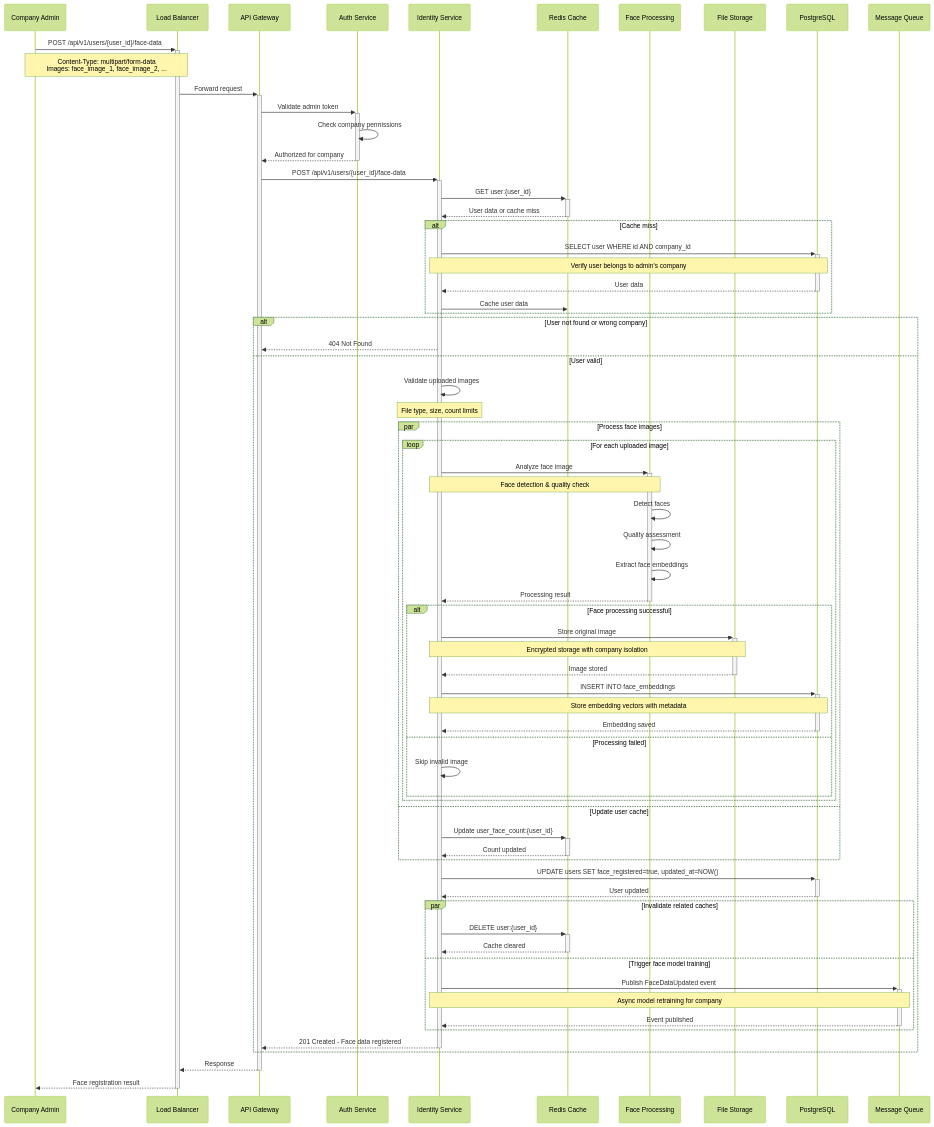
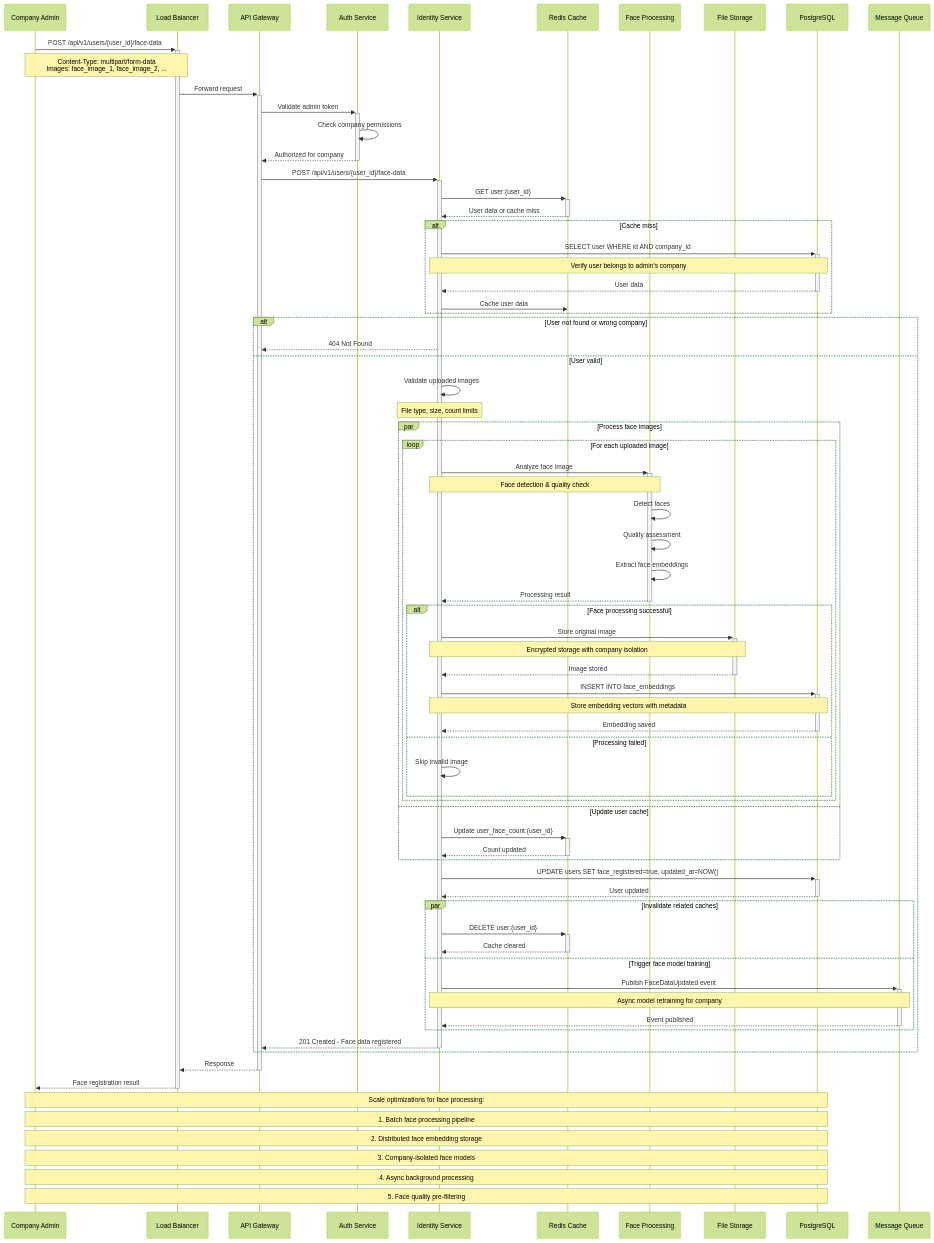
Before and after one commit to Youknow2509/cio_verify_face: the diagram in doc/sequence_diagrams/identity_org/upload_face_data.mmd, drawn with Mermaid (forest theme). The commit also changed 46 other files, not shown here.

```diff
--- a/doc/sequence_diagrams/identity_org/upload_face_data.mmd
+++ b/doc/sequence_diagrams/identity_org/upload_face_data.mmd
@@ -1,81 +1,88 @@
 sequenceDiagram
     participant Admin as Company Admin
     participant LB as Load Balancer
     participant Gateway as API Gateway
     participant Auth as Auth Service
     participant Identity as Identity Service
     participant Cache as Redis Cache
     participant FaceProcessor as Face Processing
     participant Storage as File Storage
     participant DB as PostgreSQL
     participant Queue as Message Queue
 
     Admin->>+LB: POST /api/v1/users/{user_id}/face-data
     Note over Admin,LB: Content-Type: multipart/form-data<br/>Images: face_image_1, face_image_2, ...
     
     LB->>+Gateway: Forward request
     Gateway->>+Auth: Validate admin token
     Auth->>Auth: Check company permissions
     Auth-->>-Gateway: Authorized for company
     
     Gateway->>+Identity: POST /api/v1/users/{user_id}/face-data
     
     Identity->>+Cache: GET user:{user_id}
     Cache-->>-Identity: User data or cache miss
     
     alt Cache miss
         Identity->>+DB: SELECT user WHERE id AND company_id
         Note over Identity,DB: Verify user belongs to admin's company
         DB-->>-Identity: User data
         Identity->>Cache: Cache user data
     end
     
     alt User not found or wrong company
         Identity-->>Gateway: 404 Not Found
     else User valid
         Identity->>Identity: Validate uploaded images
         Note over Identity: File type, size, count limits
         
         par Process face images
             loop For each uploaded image
                 Identity->>+FaceProcessor: Analyze face image
                 Note over Identity,FaceProcessor: Face detection & quality check
                 FaceProcessor->>FaceProcessor: Detect faces
                 FaceProcessor->>FaceProcessor: Quality assessment
                 FaceProcessor->>FaceProcessor: Extract face embeddings
                 FaceProcessor-->>-Identity: Processing result
                 
                 alt Face processing successful
                     Identity->>+Storage: Store original image
                     Note over Identity,Storage: Encrypted storage with company isolation
                     Storage-->>-Identity: Image stored
                     
                     Identity->>+DB: INSERT INTO face_embeddings
                     Note over Identity,DB: Store embedding vectors with metadata
                     DB-->>-Identity: Embedding saved
                 else Processing failed
                     Identity->>Identity: Skip invalid image
                 end
             end
         and Update user cache
             Identity->>+Cache: Update user_face_count:{user_id}
             Cache-->>-Identity: Count updated
         end
         
         Identity->>+DB: UPDATE users SET face_registered=true, updated_at=NOW()
         DB-->>-Identity: User updated
         
         par Invalidate related caches
             Identity->>+Cache: DELETE user:{user_id}
             Cache-->>-Identity: Cache cleared
         and Trigger face model training
             Identity->>+Queue: Publish FaceDataUpdated event
             Note over Identity,Queue: Async model retraining for company
             Queue-->>-Identity: Event published
         end
         
         Identity-->>-Gateway: 201 Created - Face data registered
     end
     
     Gateway-->>-LB: Response
     LB-->>-Admin: Face registration result
+    
+    Note over Admin,DB: Scale optimizations for face processing:
+    Note over Admin,DB: 1. Batch face processing pipeline
+    Note over Admin,DB: 2. Distributed face embedding storage
+    Note over Admin,DB: 3. Company-isolated face models
+    Note over Admin,DB: 4. Async background processing
+    Note over Admin,DB: 5. Face quality pre-filtering
```
